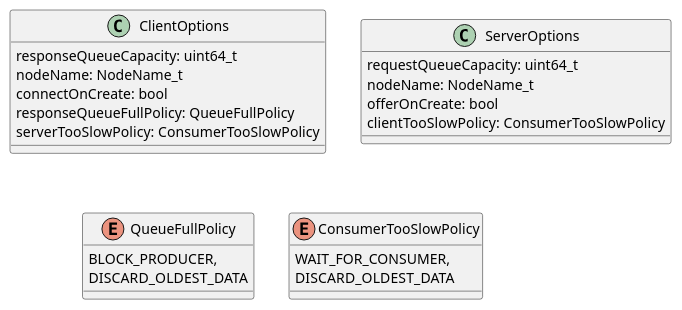
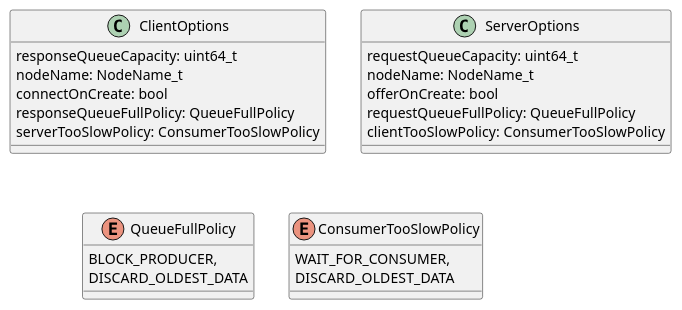
Before and after one commit to eclipse-iceoryx/iceoryx: the diagram in doc/design/diagrams/request_response/client_and_server_options.puml, drawn with PlantUML. The commit also changed 5 other files, not shown here.

```diff
--- a/doc/design/diagrams/request_response/client_and_server_options.puml
+++ b/doc/design/diagrams/request_response/client_and_server_options.puml
@@ -1,28 +1,29 @@
 @startuml
 
 class ClientOptions {
   responseQueueCapacity: uint64_t
   nodeName: NodeName_t
   connectOnCreate: bool
   responseQueueFullPolicy: QueueFullPolicy
   serverTooSlowPolicy: ConsumerTooSlowPolicy
 }
 
 class ServerOptions {
   requestQueueCapacity: uint64_t
   nodeName: NodeName_t
   offerOnCreate: bool
+  requestQueueFullPolicy: QueueFullPolicy
   clientTooSlowPolicy: ConsumerTooSlowPolicy
 }
 
 enum QueueFullPolicy {
   BLOCK_PRODUCER,
   DISCARD_OLDEST_DATA
 }
 
 enum ConsumerTooSlowPolicy {
   WAIT_FOR_CONSUMER,
   DISCARD_OLDEST_DATA
 }
 
 @enduml
```
